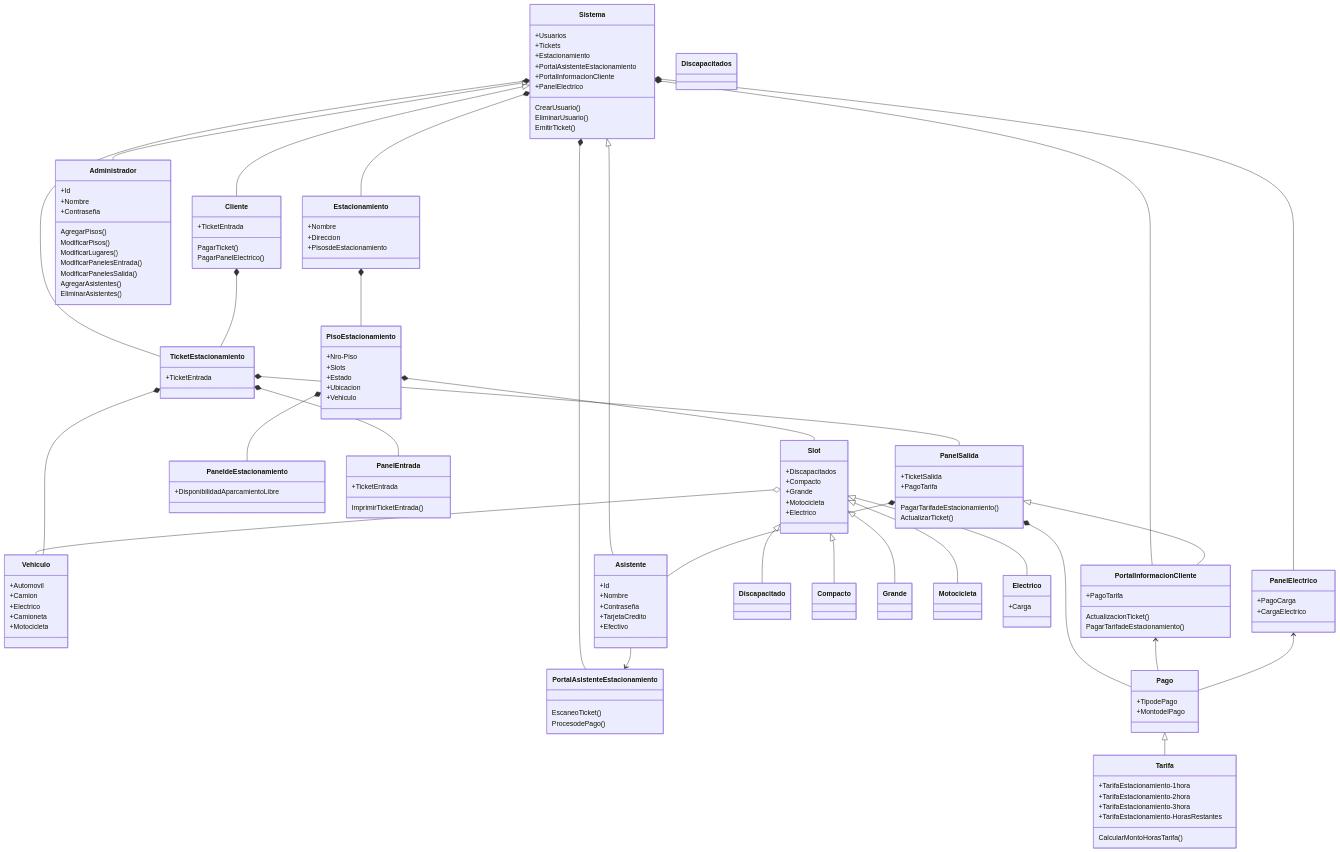
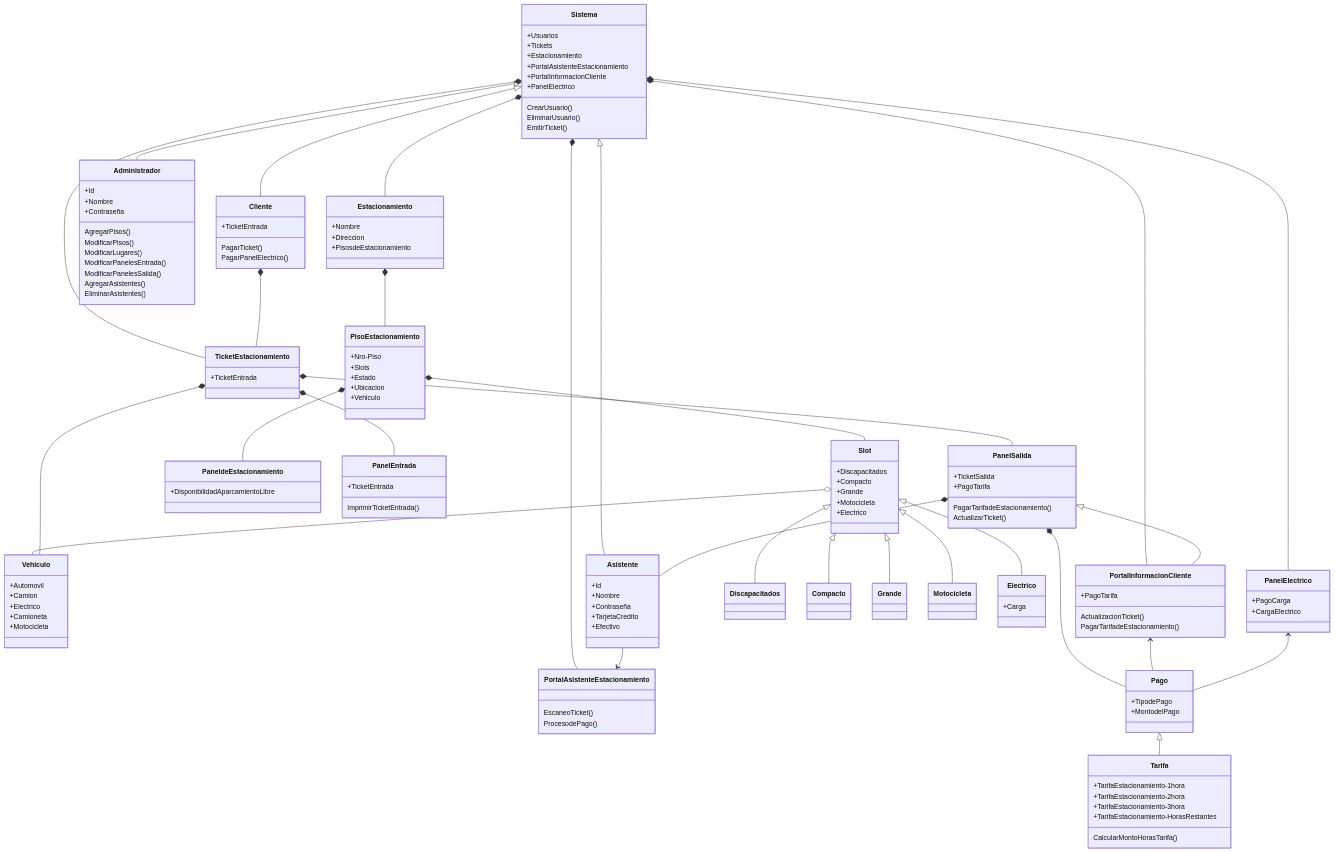
The diagram in doc/diagrama.mmd (09MauroID/Estacionamiento), drawn with Mermaid before and after one commit.

```diff
--- a/doc/diagrama.mmd
+++ b/doc/diagrama.mmd
@@ -1,151 +1,151 @@
 classDiagram
     Estacionamiento *-- PisoEstacionamiento
     PisoEstacionamiento *-- Slot
     Slot o-- Vehiculo
     PisoEstacionamiento *-- PaneldeEstacionamiento
     
     Sistema *-- Estacionamiento
     Sistema *-- TicketEstacionamiento
     Sistema *-- PortalAsistenteEstacionamiento
     Sistema *-- PortalInformacionCliente
     Sistema *-- PanelElectrico
 
-    Slot <|-- Discapacitado
+    Slot <|-- Discapacitados
     Slot <|-- Compacto
     Slot <|-- Grande
     Slot <|-- Motocicleta
     Slot <|-- Electrico
     
     Sistema <|-- Administrador
     Sistema <|-- Cliente
     Sistema <|-- Asistente
     
     Asistente --> PortalAsistenteEstacionamiento
 
     Cliente *-- TicketEstacionamiento
 
     TicketEstacionamiento *-- PanelEntrada
     TicketEstacionamiento *-- PanelSalida
     TicketEstacionamiento *-- Vehiculo
 
     PanelSalida *-- Asistente
     PanelSalida *-- Pago
     PanelSalida <|-- PortalInformacionCliente    
 
     PortalInformacionCliente <-- Pago
 
     PanelElectrico <-- Pago
 
     Pago <|-- Tarifa
 
     class Sistema
     Sistema: +Usuarios
     Sistema: +Tickets
     Sistema: +Estacionamiento
     Sistema: +PortalAsistenteEstacionamiento
     Sistema: +PortalInformacionCliente
     Sistema: +PanelElectrico
     Sistema: CrearUsuario()
     Sistema: EliminarUsuario()
     Sistema: EmitirTicket()
 
     class Estacionamiento
     Estacionamiento: +Nombre
     Estacionamiento: +Direccion
     Estacionamiento: +PisosdeEstacionamiento
 
     class PisoEstacionamiento
     PisoEstacionamiento: +Nro-Piso
     PisoEstacionamiento: +Slots
     PisoEstacionamiento: +Estado
     PisoEstacionamiento: +Ubicacion
     PisoEstacionamiento: +Vehiculo
 
     class Slot
     Slot: +Discapacitados
     Slot: +Compacto
     Slot: +Grande
     Slot: +Motocicleta
     Slot: +Electrico
     
     class Discapacitados
 
     class Compacto
     
     class Grande
     
     class Motocicleta
     
     class Electrico
     Electrico: +Carga
 
     class Vehiculo
     Vehiculo: +Automovil
     Vehiculo: +Camion
     Vehiculo: +Electrico
     Vehiculo: +Camioneta
     Vehiculo: +Motocicleta
 
     class Administrador
     Administrador: +Id
     Administrador: +Nombre
     Administrador: +Contraseña
     Administrador: AgregarPisos()
     Administrador: ModificarPisos()
     Administrador: ModificarLugares()
     Administrador: ModificarPanelesEntrada()
     Administrador: ModificarPanelesSalida()
     Administrador: AgregarAsistentes()
     Administrador: EliminarAsistentes()
 
     class Asistente
     Asistente: +Id
     Asistente: +Nombre
     Asistente: +Contraseña
     Asistente: +TarjetaCredito
     Asistente: +Efectivo
     
     class Cliente
     Cliente: +TicketEntrada
     Cliente: PagarTicket()
     Cliente: PagarPanelElectrico()
 
     class TicketEstacionamiento
     TicketEstacionamiento: +TicketEntrada
 
     class PanelEntrada
     PanelEntrada: +TicketEntrada
     PanelEntrada: ImprimirTicketEntrada()
 
     class PanelSalida
     PanelSalida: +TicketSalida
     PanelSalida: +PagoTarifa
     PanelSalida: PagarTarifadeEstacionamiento()
     PanelSalida: ActualizarTicket()
 
     class Pago
     Pago: +TipodePago
     Pago: +MontodelPago
 
     class Tarifa
     Tarifa: +TarifaEstacionamiento-1hora
     Tarifa: +TarifaEstacionamiento-2hora
     Tarifa: +TarifaEstacionamiento-3hora
     Tarifa: +TarifaEstacionamiento-HorasRestantes
     Tarifa: CalcularMontoHorasTarifa()
 
     class PaneldeEstacionamiento
     PaneldeEstacionamiento: +DisponibilidadAparcamientoLibre
 
     class PortalAsistenteEstacionamiento
     PortalAsistenteEstacionamiento: EscaneoTicket()
     PortalAsistenteEstacionamiento: ProcesodePago()
 
     class PortalInformacionCliente
     PortalInformacionCliente: +PagoTarifa
     PortalInformacionCliente: ActualizacionTicket()
     PortalInformacionCliente: PagarTarifadeEstacionamiento()
 
     class PanelElectrico
     PanelElectrico: +PagoCarga
     PanelElectrico: +CargaElectrico
```
